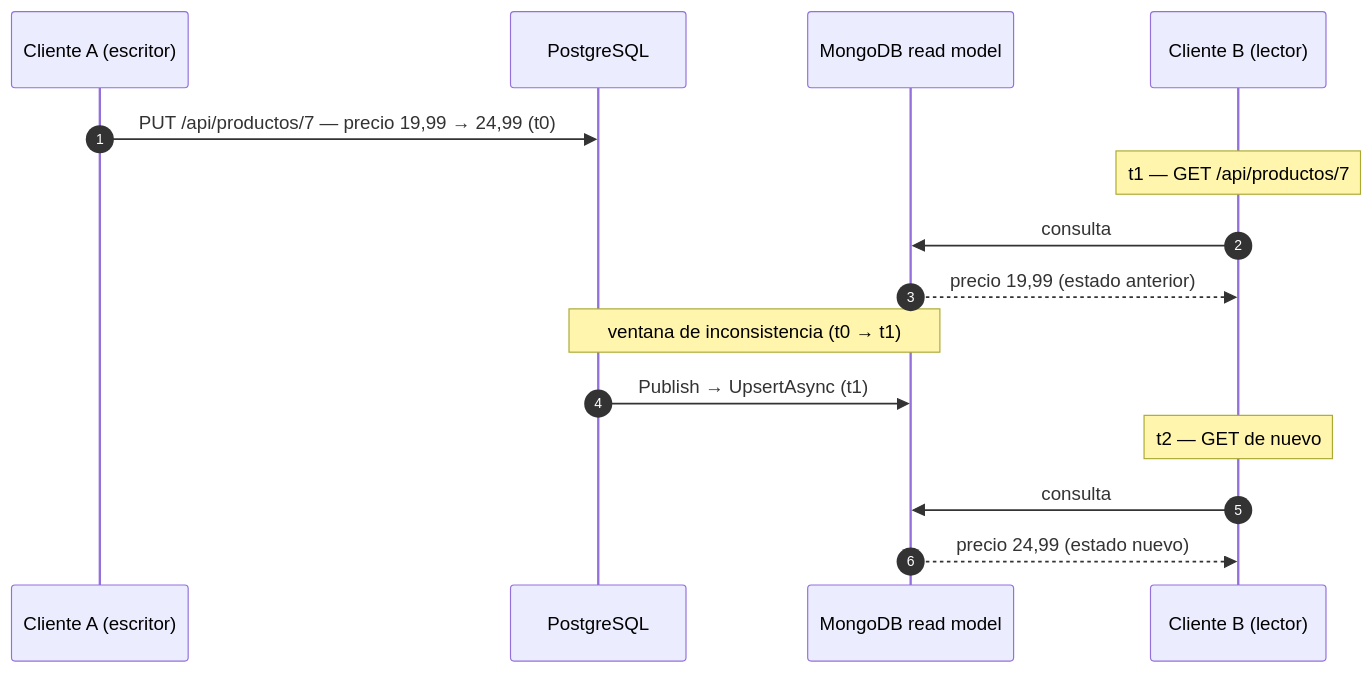
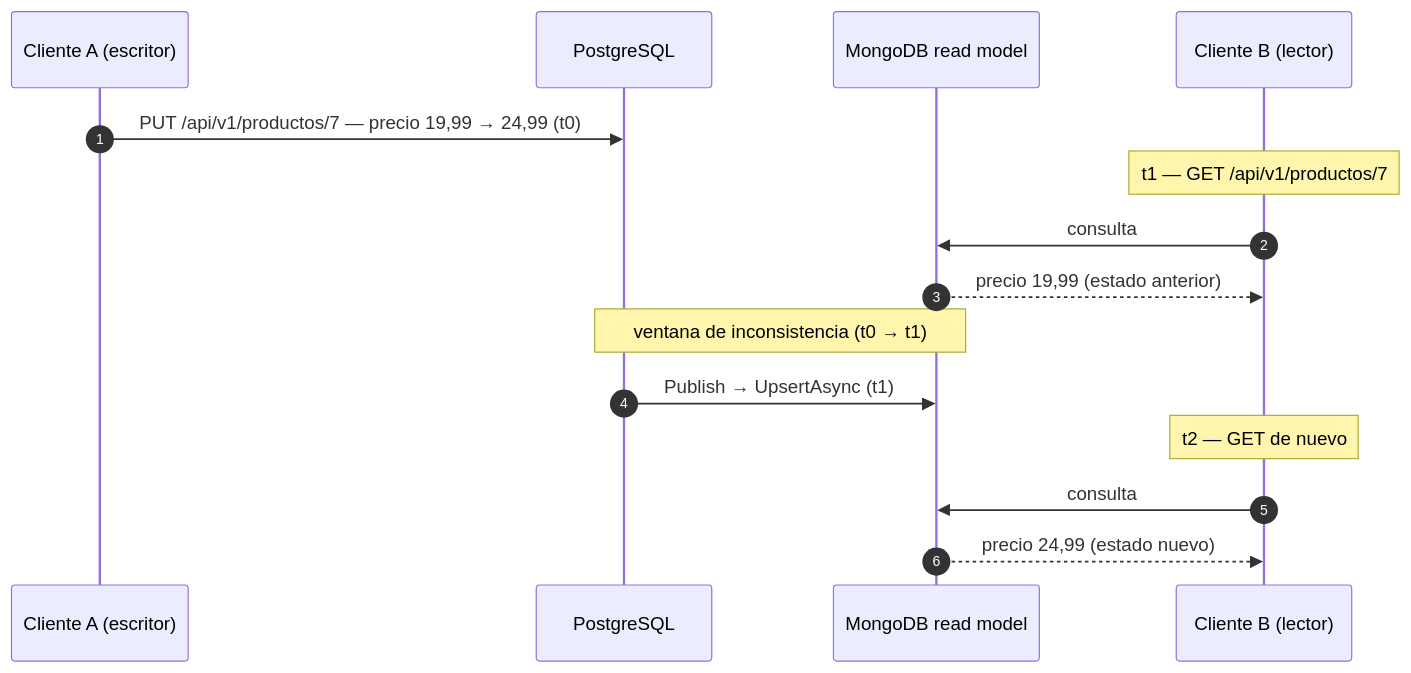
Before and after one commit to joseluisgs/TiendaDawApi-Cqrs-MediatR-NetCore: the tenth of 19 diagrams in doc/14-mediatr-cqrs-eventos.md, drawn with Mermaid. The commit also changed other lines of this file and 226 other files, not shown here.

````diff
--- a/doc/14-mediatr-cqrs-eventos.md
+++ b/doc/14-mediatr-cqrs-eventos.md
@@ -976,18 +976,18 @@
 ```mermaid
 sequenceDiagram
     autonumber
     participant A as Cliente A (escritor)
     participant PG as PostgreSQL
     participant M as MongoDB read model
     participant B as Cliente B (lector)
 
-    A->>PG: PUT /api/productos/7 — precio 19,99 → 24,99 (t0)
-    Note over B: t1 — GET /api/productos/7
+    A->>PG: PUT /api/v1/productos/7 — precio 19,99 → 24,99 (t0)
+    Note over B: t1 — GET /api/v1/productos/7
     B->>M: consulta
     M-->>B: precio 19,99 (estado anterior)
     Note over PG,M: ventana de inconsistencia (t0 → t1)
     PG->>M: Publish → UpsertAsync (t1)
     Note over B: t2 — GET de nuevo
     B->>M: consulta
     M-->>B: precio 24,99 (estado nuevo)
 ```
````
